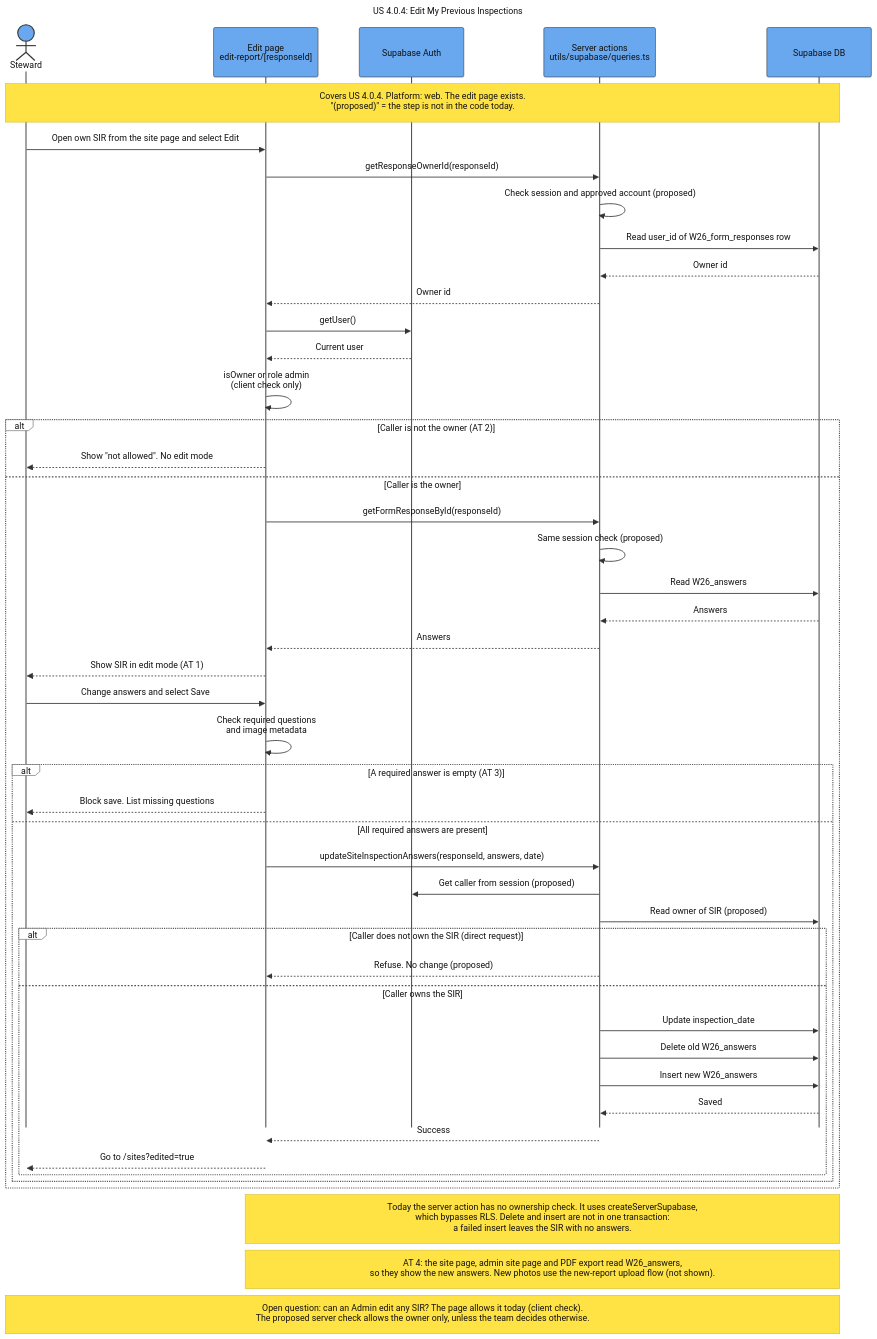
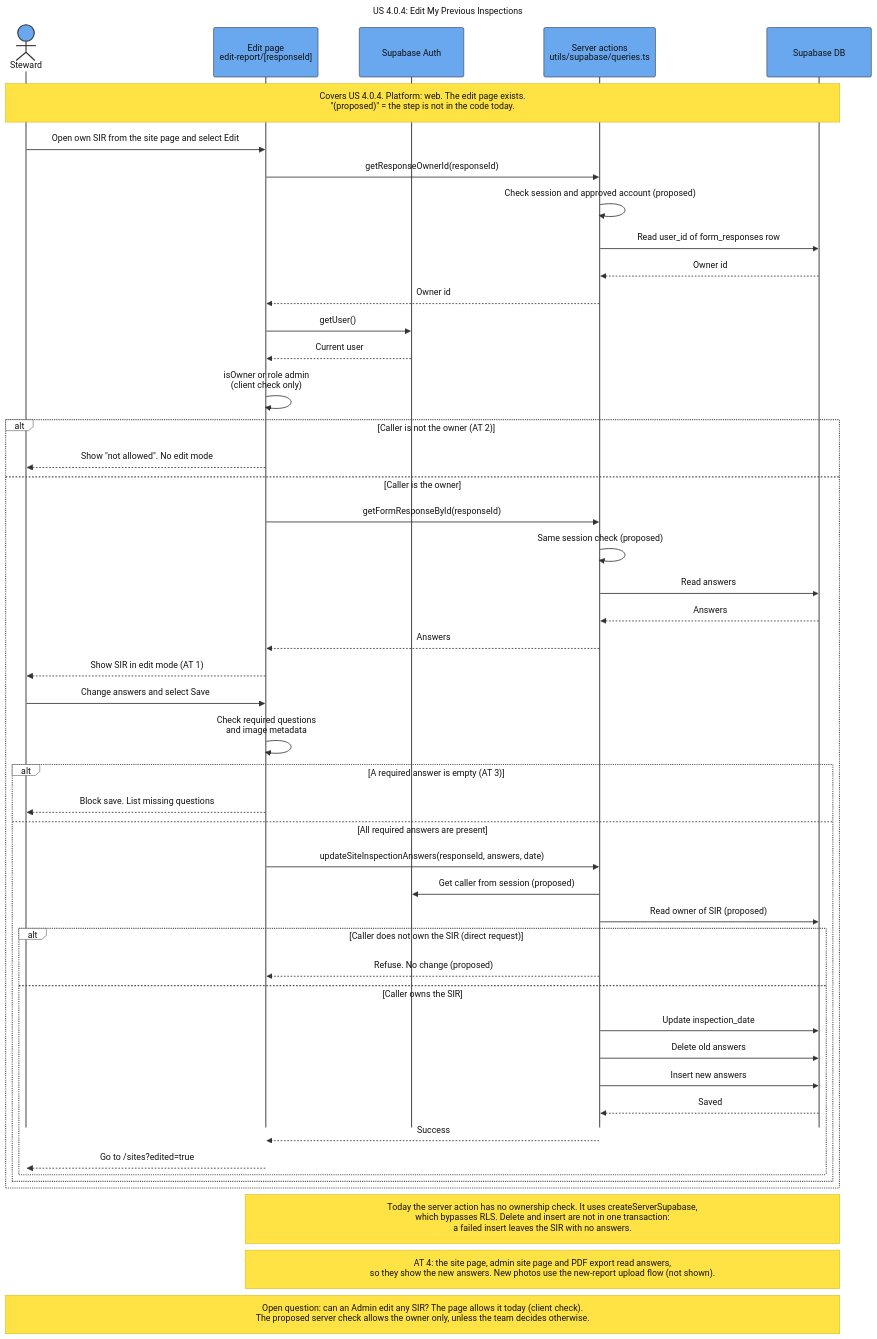
Before and after one commit to SAPAA-Dev/W26Project-SAPAA-Dev-Team: the diagram in docs/assets/Sequence_US_4_0_4_Edit_My_Previous_Inspections.mmd, drawn with Mermaid. The commit also changed 88 other files, not shown here.

```diff
--- a/docs/assets/Sequence_US_4_0_4_Edit_My_Previous_Inspections.mmd
+++ b/docs/assets/Sequence_US_4_0_4_Edit_My_Previous_Inspections.mmd
@@ -1,93 +1,93 @@
 ---
 title: "US 4.0.4: Edit My Previous Inspections"
 config:
   theme: base
   sequence:
     actorMargin: 75
     boxMargin: 12
     diagramMarginX: 45
     diagramMarginY: 30
     messageMargin: 40
     noteMargin: 16
     mirrorActors: false
     width: 190
     height: 90
   themeVariables:
     background: "#ffffff"
     primaryColor: "#69a8ef"
     primaryBorderColor: "#333333"
     primaryTextColor: "#111111"
     actorBkg: "#69a8ef"
     actorBorder: "#333333"
     actorTextColor: "#111111"
     actorLineColor: "#555555"
     signalColor: "#333333"
     signalTextColor: "#111111"
     activationBkgColor: "#cdd3db"
     activationBorderColor: "#cdd3db"
     noteBkgColor: "#ffe344"
     noteBorderColor: "#d4ba24"
     noteTextColor: "#111111"
     labelBoxBkgColor: "#ffffff"
     labelBoxBorderColor: "#555555"
     labelTextColor: "#111111"
     loopTextColor: "#111111"
     altBackground: "#ffffff"
   themeCSS: |
     .actor-line {
       stroke-dasharray: 10 10 !important;
       stroke-width: 1.25px !important;
     }
 ---
 sequenceDiagram
     autonumber off
     actor Steward
     participant Edit as Edit page<br/>edit-report/[responseId]
     participant Auth as Supabase Auth
     participant Server as Server actions<br/>utils/supabase/queries.ts
     participant DB as Supabase DB
 
     Note over Steward,DB: Covers US 4.0.4. Platform: web. The edit page exists.<br/>"(proposed)" = the step is not in the code today.
 
     Steward->>Edit: Open own SIR from the site page and select Edit
     Edit->>Server: getResponseOwnerId(responseId)
     Server->>Server: Check session and approved account (proposed)
-    Server->>DB: Read user_id of W26_form_responses row
+    Server->>DB: Read user_id of form_responses row
     DB-->>Server: Owner id
     Server-->>Edit: Owner id
     Edit->>Auth: getUser()
     Auth-->>Edit: Current user
     Edit->>Edit: isOwner or role admin<br/>(client check only)
     alt Caller is not the owner (AT 2)
         Edit-->>Steward: Show "not allowed". No edit mode
     else Caller is the owner
         Edit->>Server: getFormResponseById(responseId)
         Server->>Server: Same session check (proposed)
-        Server->>DB: Read W26_answers
+        Server->>DB: Read answers
         DB-->>Server: Answers
         Server-->>Edit: Answers
         Edit-->>Steward: Show SIR in edit mode (AT 1)
         Steward->>Edit: Change answers and select Save
         Edit->>Edit: Check required questions<br/>and image metadata
         alt A required answer is empty (AT 3)
             Edit-->>Steward: Block save. List missing questions
         else All required answers are present
             Edit->>Server: updateSiteInspectionAnswers(responseId, answers, date)
             Server->>Auth: Get caller from session (proposed)
             Server->>DB: Read owner of SIR (proposed)
             alt Caller does not own the SIR (direct request)
                 Server-->>Edit: Refuse. No change (proposed)
             else Caller owns the SIR
                 Server->>DB: Update inspection_date
-                Server->>DB: Delete old W26_answers
-                Server->>DB: Insert new W26_answers
+                Server->>DB: Delete old answers
+                Server->>DB: Insert new answers
                 DB-->>Server: Saved
                 Server-->>Edit: Success
                 Edit-->>Steward: Go to /sites?edited=true
             end
         end
     end
 
     Note over Edit,DB: Today the server action has no ownership check. It uses createServerSupabase,<br/>which bypasses RLS. Delete and insert are not in one transaction:<br/>a failed insert leaves the SIR with no answers.
-    Note over Edit,DB: AT 4: the site page, admin site page and PDF export read W26_answers,<br/>so they show the new answers. New photos use the new-report upload flow (not shown).
+    Note over Edit,DB: AT 4: the site page, admin site page and PDF export read answers,<br/>so they show the new answers. New photos use the new-report upload flow (not shown).
     Note over Steward,DB: Open question: can an Admin edit any SIR? The page allows it today (client check).<br/>The proposed server check allows the owner only, unless the team decides otherwise.
```
